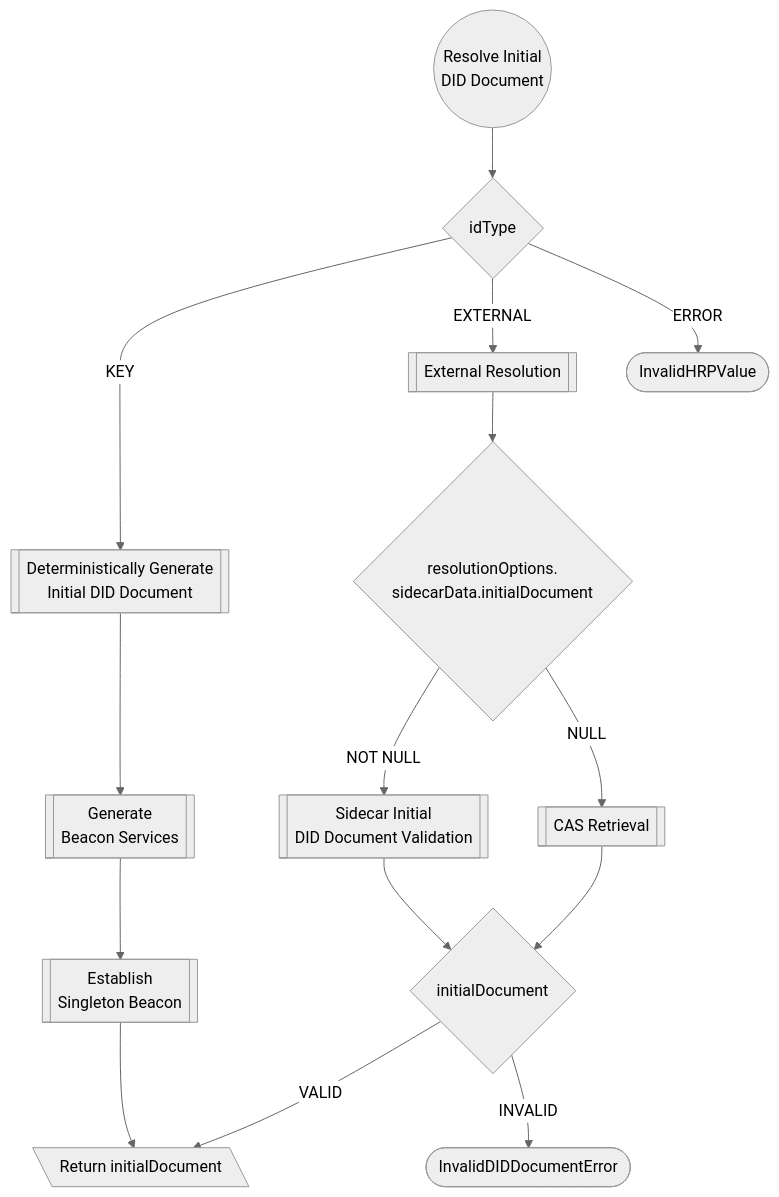
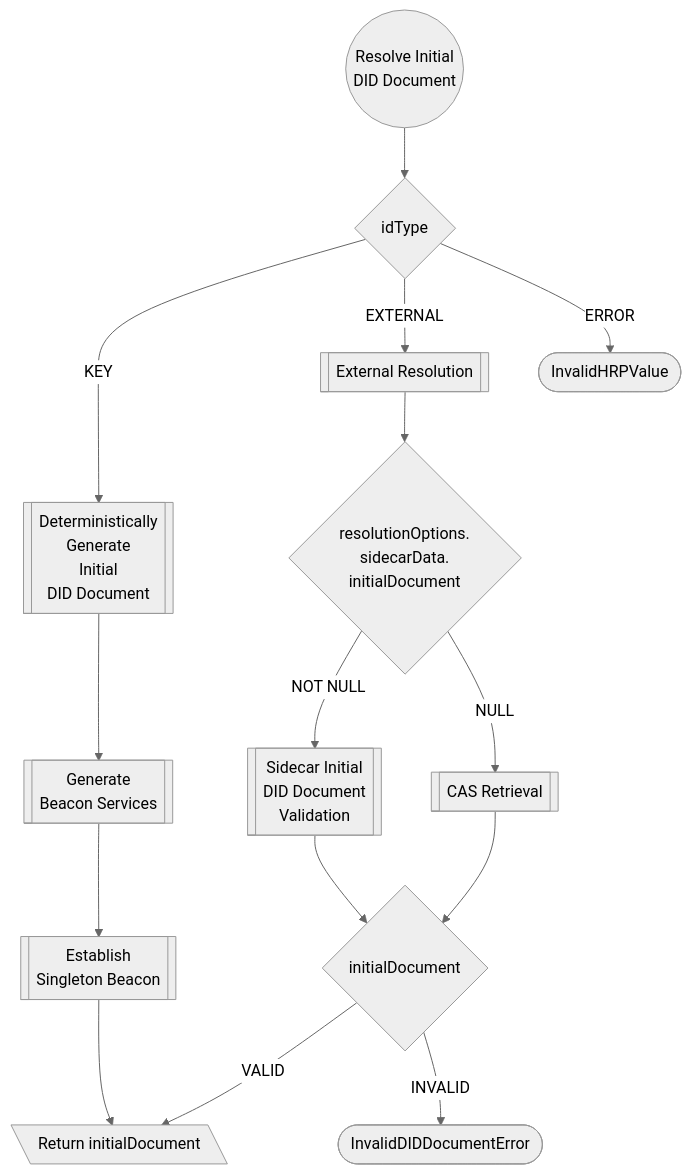
Before and after one commit to jintekc/website-btcr2-dev: the fourth of 9 diagrams in docs/diagrams.md, drawn with Mermaid (neutral theme). The commit also changed other lines of this file, not shown here.

Commit message:
fix truncated text in diagrams

````diff
--- a/docs/diagrams.md
+++ b/docs/diagrams.md
@@ -143,26 +143,26 @@
 ```mermaid
 flowchart TD
 
     Start@{shape: circle, label: Resolve Initial<br>DID Document} --> CheckIdType{idType}
 
     %% Deterministic Path
-    CheckIdType -->|KEY| Deterministic@{shape: subproc, label: Deterministically Generate<br/>Initial DID Document}
+    CheckIdType -->|KEY| Deterministic@{shape: subproc, label: Deterministically<br>Generate<br/>Initial<br>DID Document}
     Deterministic --> GenerateBeacon@{shape: subproc, label: Generate<br/>Beacon Services}
     GenerateBeacon --> EstablishSingleton@{shape: subproc, label: Establish<br/>Singleton Beacon}
 
     %% External Path
     CheckIdType -->|EXTERNAL| External@{shape: subproc, label: External Resolution}
-    External -->CheckSidecarData{resolutionOptions.<br>sidecarData.initialDocument}
-    CheckSidecarData-->|NOT NULL| SidecarValidate@{shape: subproc, label: Sidecar Initial<br/>DID Document Validation}
+    External -->CheckSidecarData{resolutionOptions.<br>sidecarData.<br>initialDocument}
+    CheckSidecarData-->|NOT NULL| SidecarValidate@{shape: subproc, label: Sidecar Initial<br/>DID Document<br>Validation}
     CheckSidecarData-->|NULL| CasRetrieval@{shape: subproc, label: CAS Retrieval}
     CasRetrieval-->CheckInitialDocument{initialDocument}
     SidecarValidate-->CheckInitialDocument
     CheckInitialDocument-->|VALID| ReturnInitialDocument@{shape: lean-l, label: Return initialDocument}
 
     %% Error
     CheckIdType -->|ERROR| InvalidHRPValue@{shape: stadium, label: InvalidHRPValue}
     CheckInitialDocument-->|INVALID| InvalidDIDDocumentError@{shape: stadium, label: InvalidDIDDocumentError}
 
     %% Return
     EstablishSingleton --> ReturnInitialDocument
 ```
````
